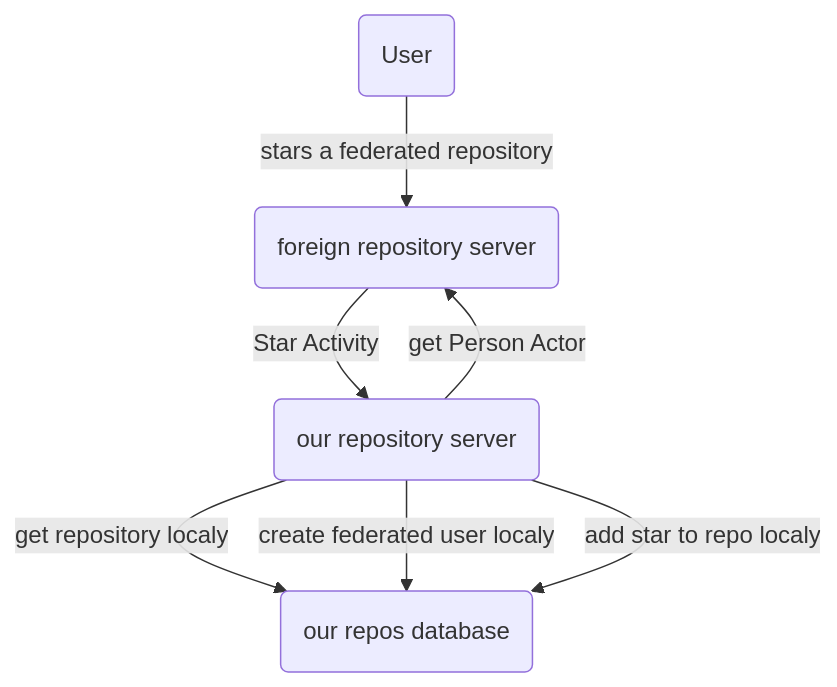
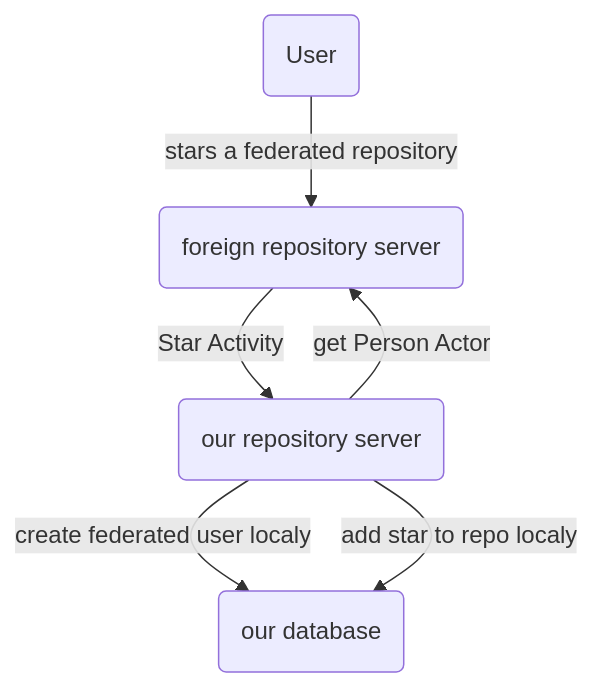
Before and after one commit to yonasBSD/forgejo: the second of 2 diagrams in docs/unsure-where-to-put/threat_analysis_star_activity.md, drawn with Mermaid. The commit also changed other lines of this file, not shown here.

Commit message:
make flows more precise

````diff
--- a/docs/unsure-where-to-put/threat_analysis_star_activity.md
+++ b/docs/unsure-where-to-put/threat_analysis_star_activity.md
@@ -54,9 +55,8 @@
 ```mermaid
 flowchart TD
     A(User) --> |stars a federated repository| B(foreign repository server)
     B --> |Star Activity| C(our repository server)
-    C --> |get repository localy| D(our repos database)
-	C --> |get Person Actor| B
-    C --> |create federated user localy| D
+    C --> |get Person Actor| B
+    C --> |create federated user localy| D(our database)
     C --> |add star to repo localy| D    
 ```
````
